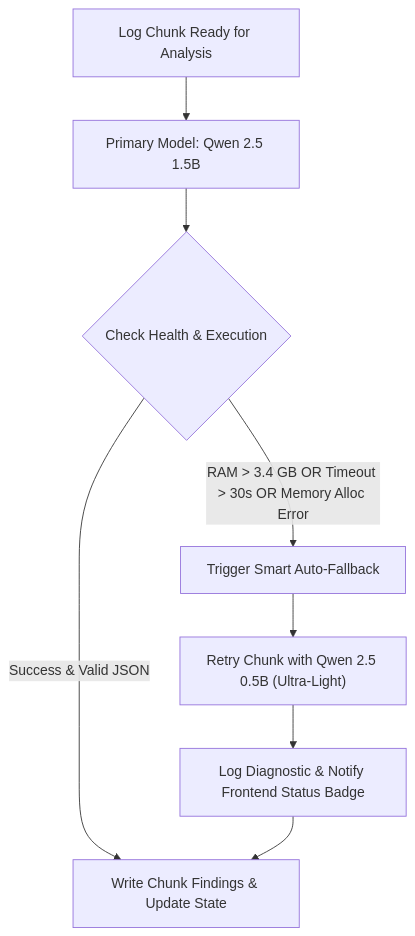
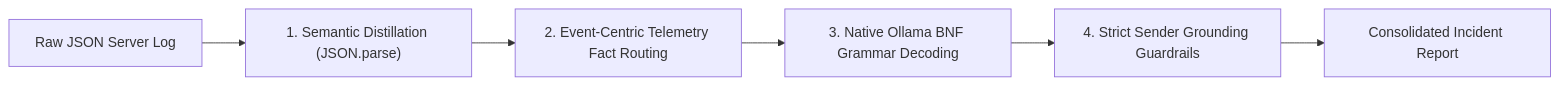
One commit to Antizer17/Cultive8-assessment changed the second of 2 diagrams in ARCHITECTURE_PLAN.md. Above: the diagram before and after it, drawn with Mermaid. The commit also changed other lines of this file and 11 other files, not shown here.

````diff
--- a/ARCHITECTURE_PLAN.md
+++ b/ARCHITECTURE_PLAN.md
@@ -36,10 +119,8 @@
 ```mermaid
-flowchart TD
-    A["Log Chunk Ready for Analysis"] --> B["Primary Model: Qwen 2.5 1.5B"]
-    B --> C{"Check Health & Execution"}
-    C -- "Success & Valid JSON" --> D["Write Chunk Findings & Update State"]
-    C -- "RAM > 3.4 GB OR Timeout > 30s OR Memory Alloc Error" --> E["Trigger Smart Auto-Fallback"]
-    E --> F["Retry Chunk with Qwen 2.5 0.5B (Ultra-Light)"]
-    F --> G["Log Diagnostic & Notify Frontend Status Badge"]
-    G --> D
+flowchart LR
+    A["Raw JSON Server Log"] --> B["1. Semantic Distillation (JSON.parse)"]
+    B --> C["2. Event-Centric Telemetry Fact Routing"]
+    C --> D["3. Native Ollama BNF Grammar Decoding"]
+    D --> E["4. Strict Sender Grounding Guardrails"]
+    E --> F["Consolidated Incident Report"]
 ```
````
